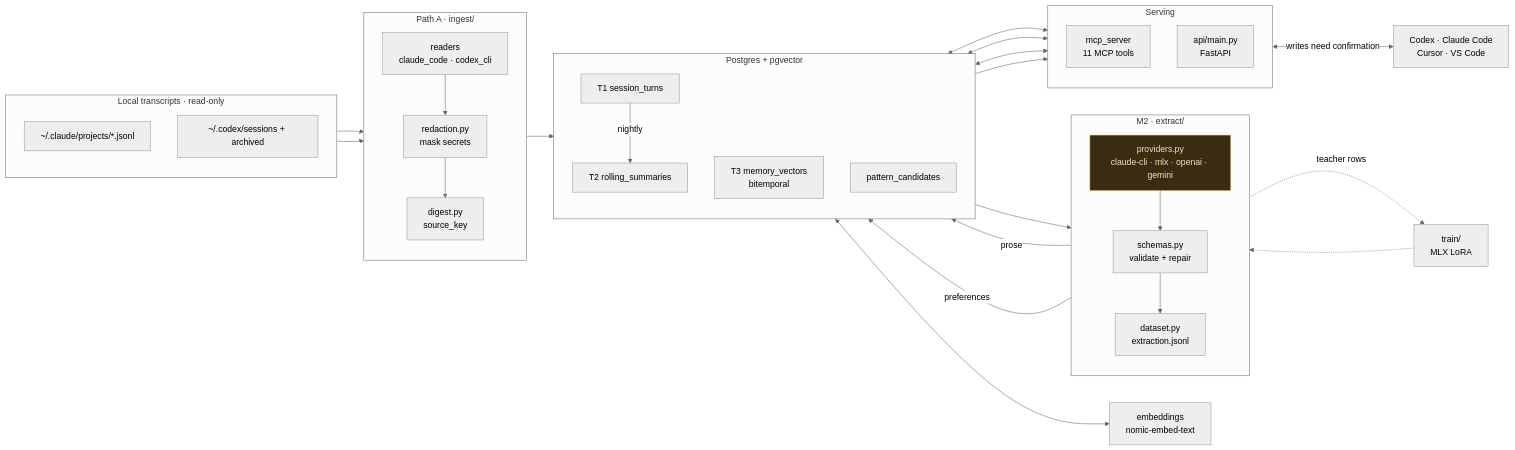
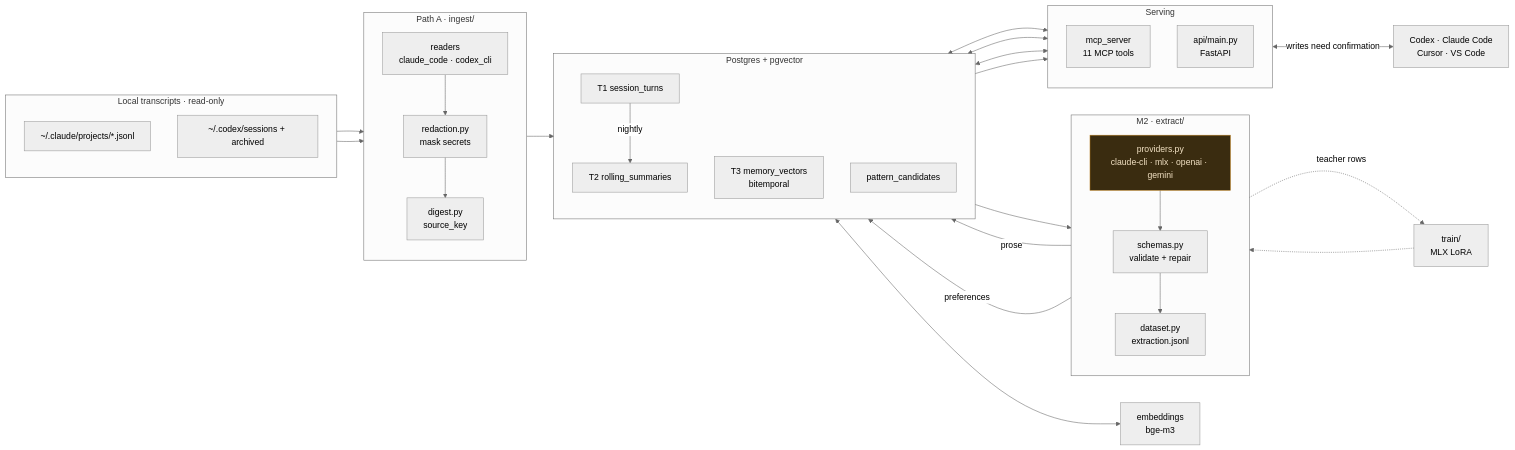
One commit to cassieliang6709/mindbridge changed the diagram in README.md. Above: the diagram before and after it, drawn with Mermaid (neutral theme). The commit also changed other lines of this file and 9 other files, not shown here.

````diff
--- a/README.md
+++ b/README.md
@@ -580,60 +580,60 @@
 ```mermaid
 flowchart LR
     subgraph SRC["Local transcripts · read-only"]
         direction TB
         CC["~/.claude/projects/*.jsonl"]
         CX["~/.codex/sessions + archived"]
     end
 
     subgraph ING["Path A · ingest/"]
         direction TB
         RD["readers<br/>claude_code · codex_cli"]
         RX["redaction.py<br/>mask secrets"]
         DG["digest.py<br/>source_key"]
         RD --> RX --> DG
     end
 
     subgraph M2["M2 · extract/"]
         direction TB
         PV["providers.py<br/>claude-cli · mlx · openai · gemini"]
         SC["schemas.py<br/>validate + repair"]
         DS["dataset.py<br/>extraction.jsonl"]
         PV --> SC --> DS
     end
 
     subgraph STORE["Postgres + pgvector"]
         direction TB
         T1["T1 session_turns"]
         T2["T2 rolling_summaries"]
         T3["T3 memory_vectors<br/>bitemporal"]
         PC["pattern_candidates"]
     end
 
     subgraph SERVE["Serving"]
         direction TB
         MCP["mcp_server<br/>11 MCP tools"]
         API["api/main.py<br/>FastAPI"]
     end
 
-    EMB["embeddings<br/>nomic-embed-text"]
+    EMB["embeddings<br/>bge-m3"]
     LORA["train/<br/>MLX LoRA"]
     CLI["Codex · Claude Code<br/>Cursor · VS Code"]
 
     CC --> RD
     CX --> RD
     DG --> T1
     T1 -->|nightly| T2
     T2 --> PV
     SC -->|prose| T2
     SC -->|preferences| T3
     DS -.->|teacher rows| LORA
     LORA -.-> PV
 
     T3 <--> EMB
     T2 & T3 & PC <--> MCP
     T3 --> API
     MCP <-->|writes need confirmation| CLI
 
     classDef remote fill:#3a2c10,stroke:#b4791a,color:#f3e2c4;
     class PV remote;
 ```
````
